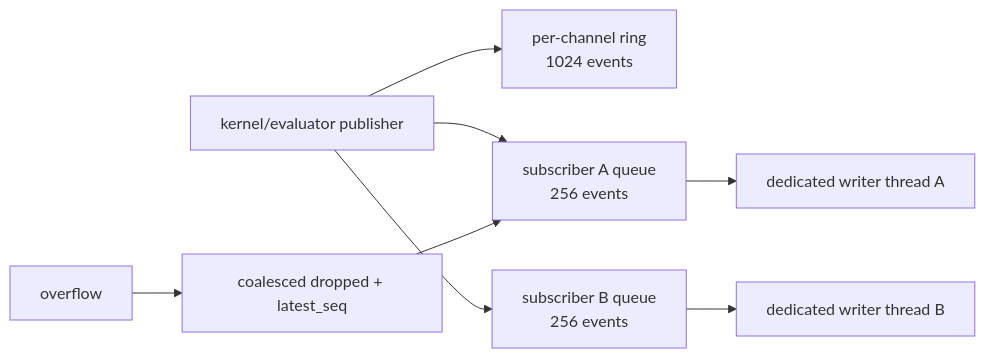
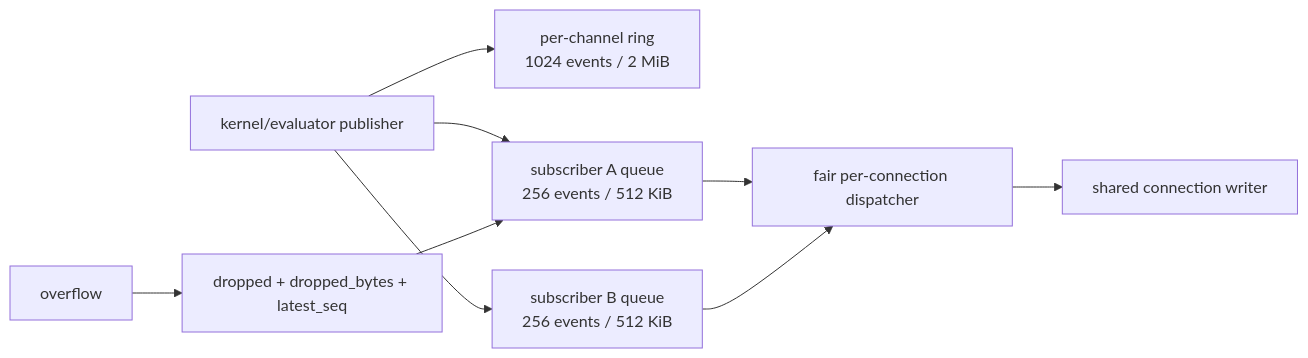
Before and after one commit to alliecatowo/shoal: the fifth of 5 diagrams in site/content/internals/kernel-protocol.md, drawn with Mermaid. The commit also changed other lines of this file and 12 other files, not shown here.

````diff
--- a/site/content/internals/kernel-protocol.md
+++ b/site/content/internals/kernel-protocol.md
@@ -286,12 +286,13 @@
 ```mermaid
 flowchart LR
 accTitle: Event bus
 accDescr: Shows the components and relationships described in Event bus.
-  Publisher["kernel/evaluator publisher"] --> Ring["per-channel ring\n1024 events"]
-  Publisher --> QA["subscriber A queue\n256 events"]
-  Publisher --> QB["subscriber B queue\n256 events"]
-  QA --> WA["dedicated writer thread A"]
-  QB --> WB["dedicated writer thread B"]
-  Overflow["overflow"] --> Marker["coalesced dropped + latest_seq"]
+  Publisher["kernel/evaluator publisher"] --> Ring["per-channel ring\n1024 events / 2 MiB"]
+  Publisher --> QA["subscriber A queue\n256 events / 512 KiB"]
+  Publisher --> QB["subscriber B queue\n256 events / 512 KiB"]
+  QA --> Dispatcher["fair per-connection dispatcher"]
+  QB --> Dispatcher
+  Dispatcher --> Writer["shared connection writer"]
+  Overflow["overflow"] --> Marker["dropped + dropped_bytes + latest_seq"]
   Marker --> QA
 ```
````
